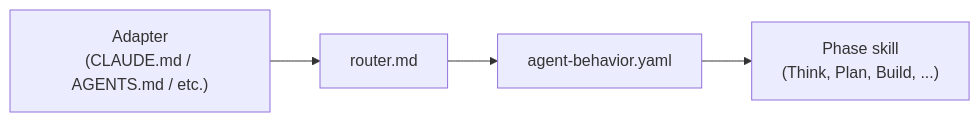
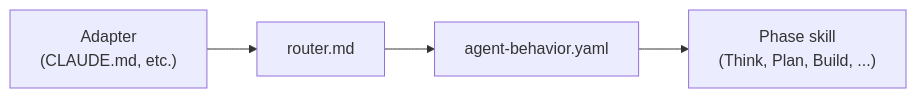
One commit to JeelVankhede/agentsmyth changed the second of 2 diagrams in site/under-hood.md. Above: the diagram before and after it, drawn with Mermaid.

Commit message:
fix(site): shorten Adapter node label to stop real text clipping
Actually verified this time with a headless Chromium screenshot (previous
commit claimed a fix without ever rendering the page). The real bug:
the "Adapter" node's label had one manual <br/> but its second segment
was long enough that mermaid's own SVG-text wrapping split it again
into a 3rd line, while the node box was only sized for 2 -- clipping
"/ etc.)" at the bottom edge. htmlLabels:false (previous commit) was
still the right general fix for descender clipping, it just didn't
touch this specific 3-line overflow.

Shortened "(CLAUDE.md / AGENTS.md / etc.)" to "(CLAUDE.md, etc.)" so
the label fits its two explicit lines with no auto-wrap ambiguity.
Confirmed via screenshot on all three diagrams (lifecycle.md,
under-hood.md x2) at 3-4x DPI: full descenders, no clipping.

Trivial, docs-only -- no lifecycle artifact per the router's
single-location/no-architectural-impact classification.

Claude-Session: https://claude.ai/code/session_01MZBG4szynsb561yWYV2jrb

````diff
--- a/site/under-hood.md
+++ b/site/under-hood.md
@@ -89,6 +89,6 @@
 ```mermaid
 flowchart LR
-  A["Adapter<br/>(CLAUDE.md / AGENTS.md / etc.)"] --> B["router.md"]
+  A["Adapter<br/>(CLAUDE.md, etc.)"] --> B["router.md"]
   B --> C["agent-behavior.yaml"]
   C --> D["Phase skill<br/>(Think, Plan, Build, ...)"]
 ```
````
